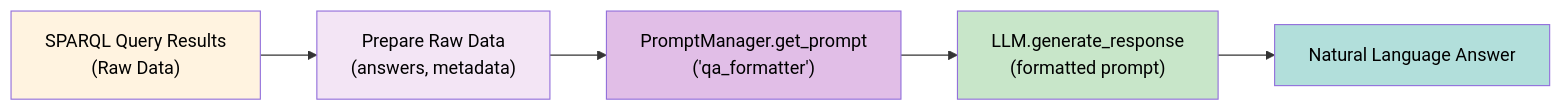
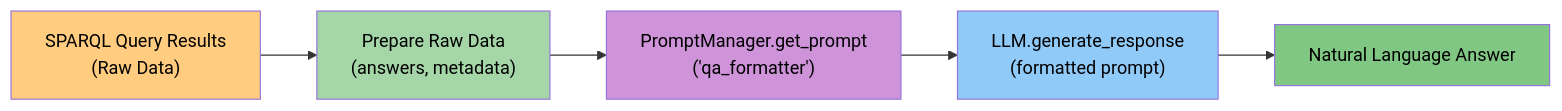
The sixth of 9 diagrams in README.md (schneialexan/atai-chatbot), drawn with Mermaid before and after one commit. The commit also changed other lines of this file, not shown here.

Commit message:
changed styling of graphs

````diff
--- a/README.md
+++ b/README.md
@@ -496,13 +557,13 @@
 ```mermaid
 graph LR
     A["SPARQL Query Results<br>(Raw Data)"] --> B["Prepare Raw Data<br>(answers, metadata)"]
     B --> C["PromptManager.get_prompt<br>('qa_formatter')"]
     C --> D["LLM.generate_response<br>(formatted prompt)"]
     D --> E["Natural Language Answer"]
     
-    style A fill:#fff3e0,color:#000000
-    style B fill:#f3e5f5,color:#000000
-    style C fill:#e1bee7,color:#000000
-    style D fill:#c8e6c9,color:#000000
-    style E fill:#b2dfdb,color:#000000
+    style A fill:#FFCC80,color:#000000
+    style B fill:#A5D6A7,color:#000000
+    style C fill:#CE93D8,color:#000000
+    style D fill:#90CAF9,color:#000000
+    style E fill:#81C784,color:#000000
 ```
````
